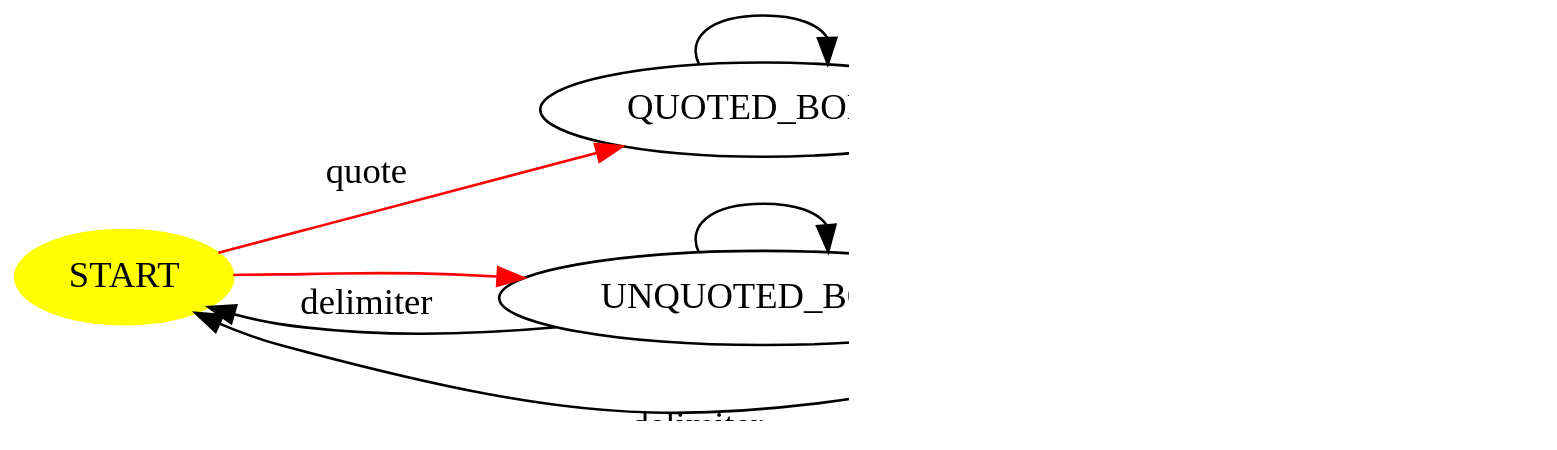
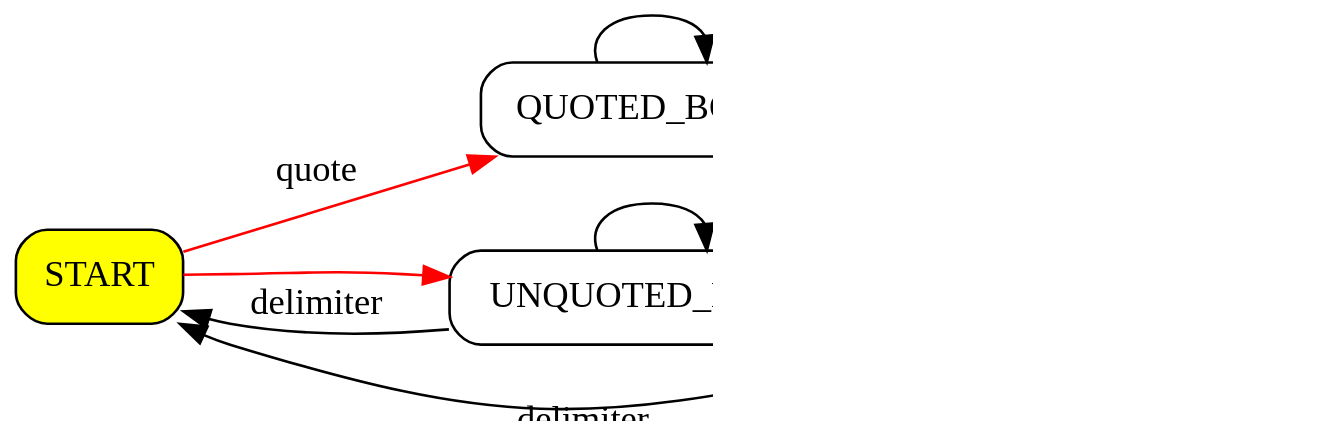
Before and after one commit to inponomarev/java-mipt: the second of 8 diagrams in slides05/src/main/asciidoc/lecture.adoc, drawn with Graphviz. The commit also changed other lines of this file and 2 other files, not shown here.

```diff
--- a/slides05/src/main/asciidoc/lecture.adoc
+++ b/slides05/src/main/asciidoc/lecture.adoc
@@ -152,16 +153,17 @@
-[graphviz, "start.png"]
+[graphviz,start]
 ----
 digraph G {
   graph [ dpi = 140 ];
+  node[shape=block, style="rounded"];
   rankdir="LR";
-  START [style="filled",color="yellow", fillcolor="yellow"]
+  START [style="rounded,filled", fillcolor="yellow"]
   START -> QUOTED_BODY [label="quote", color="red"];
   QUOTED_BODY -> QUOTE_READ [label="quote"];
   QUOTED_BODY -> QUOTED_BODY [label = ""];
   QUOTE_READ -> QUOTED_BODY [label="quote"];
   START -> UNQUOTED_BODY [color="red"];
   UNQUOTED_BODY -> UNQUOTED_BODY;
   QUOTE_READ -> START [xlabel="delimiter"]
   UNQUOTED_BODY -> START [label="delimiter"]
 }
 ----
```
